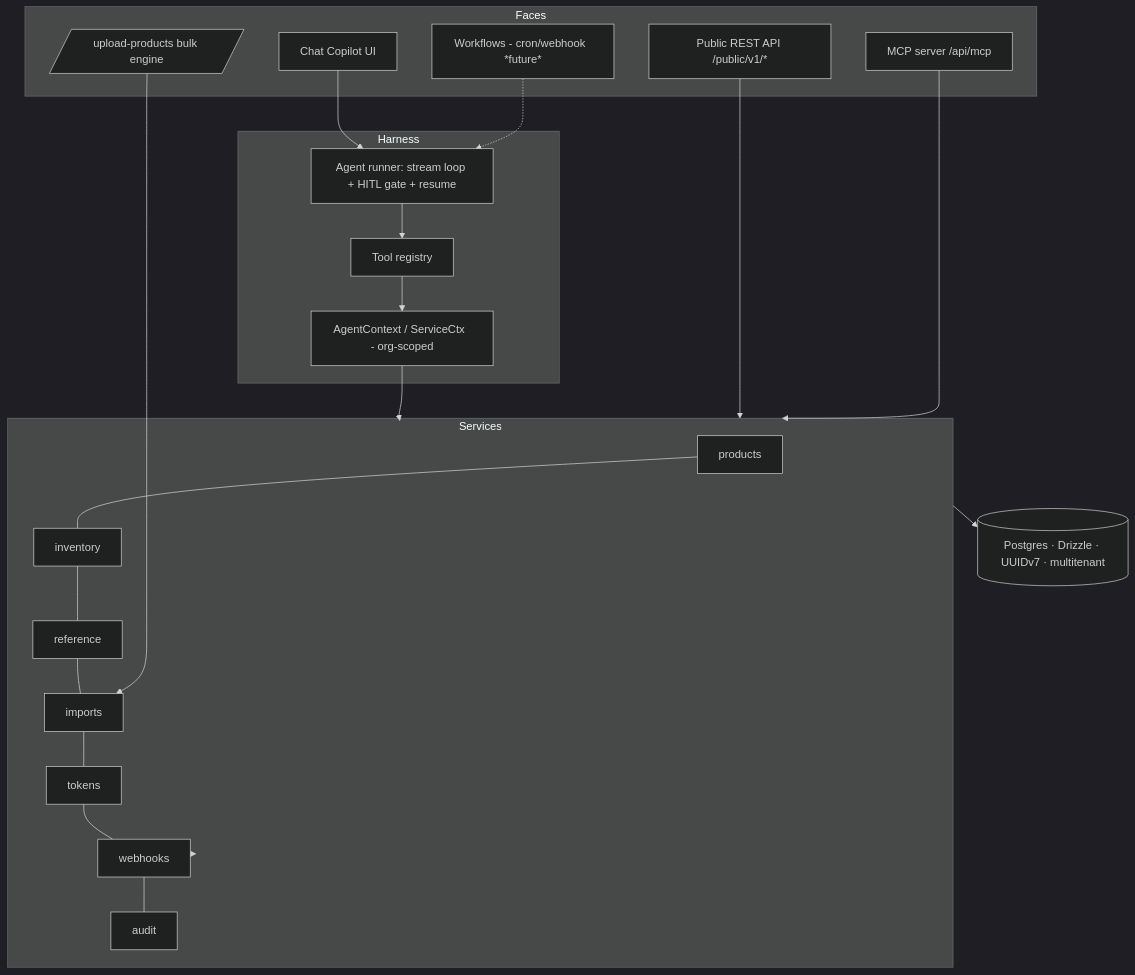
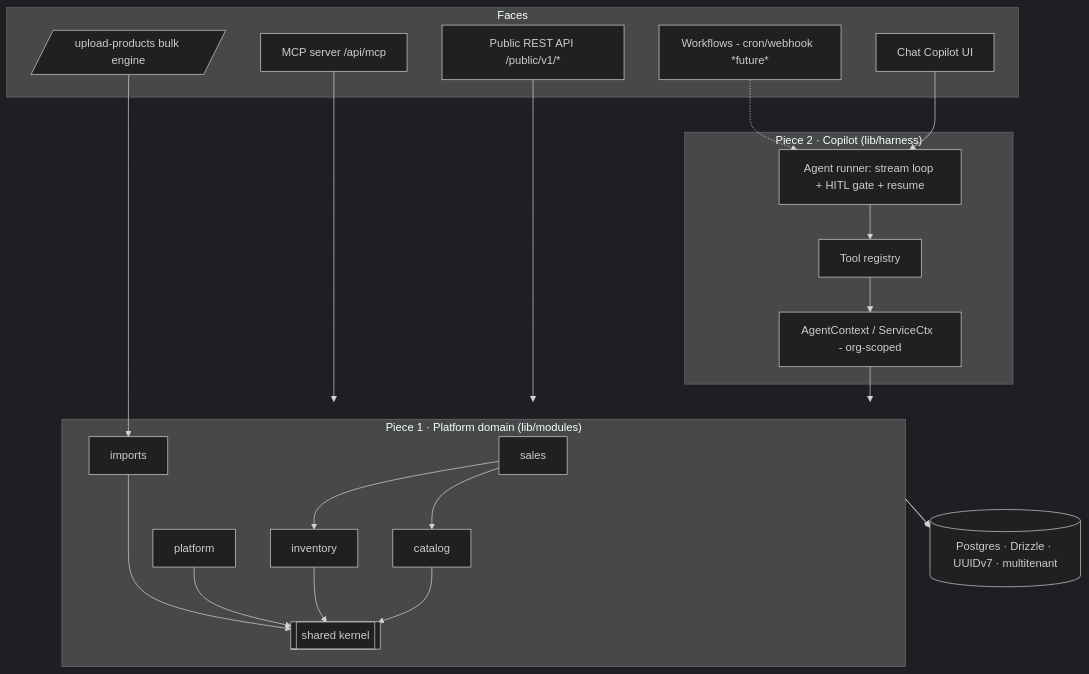
The first of 2 diagrams in SPEC.md (syntaqx/distru), drawn with Mermaid (dark theme) before and after one commit. The commit also changed other lines of this file and 348 other files, not shown here.

````diff
--- a/SPEC.md
+++ b/SPEC.md
@@ -27,26 +27,31 @@
 ```mermaid
 flowchart TD
     subgraph Faces
       Chat[Chat Copilot UI]
       REST[Public REST API /public/v1/*]
       MCP[MCP server /api/mcp]
       Bulk[/upload-products bulk engine/]
       WF[Workflows - cron/webhook  *future*]
     end
-    subgraph Harness
+    subgraph Harness["Piece 2 · Copilot (lib/harness)"]
       Runner[Agent runner: stream loop + HITL gate + resume]
       Registry[Tool registry]
       Ctx[AgentContext / ServiceCtx  - org-scoped]
     end
-    subgraph Services
-      P[products] --- I[inventory] --- R[reference] --- IM[imports] --- T[tokens] --- W[webhooks] --- A[audit]
+    subgraph Modules["Piece 1 · Platform domain (lib/modules)"]
+      S[sales] --> I[inventory]
+      S --> C[catalog]
+      C --> K[[shared kernel]]
+      I --> K
+      PL[platform] --> K
+      IM[imports] --> K
     end
     DB[(Postgres · Drizzle · UUIDv7 · multitenant)]
 
-    Chat --> Runner --> Registry --> Ctx --> Services --> DB
-    REST --> Services
-    MCP --> Services
+    Chat --> Runner --> Registry --> Ctx --> Modules --> DB
+    REST --> Modules
+    MCP --> Modules
     Bulk --> IM
     WF -.-> Runner
-    Services --> W
+    Modules --> DB
 ```
````
